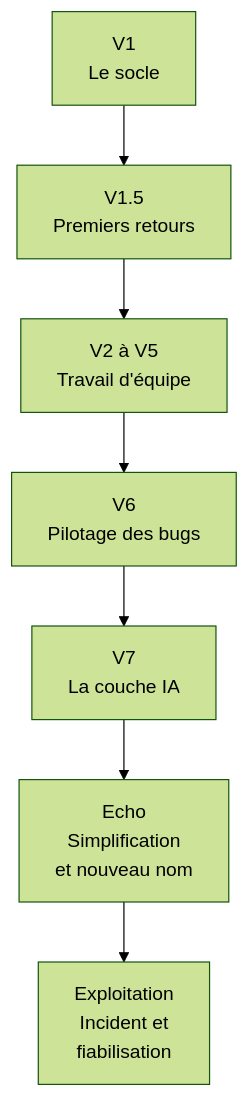
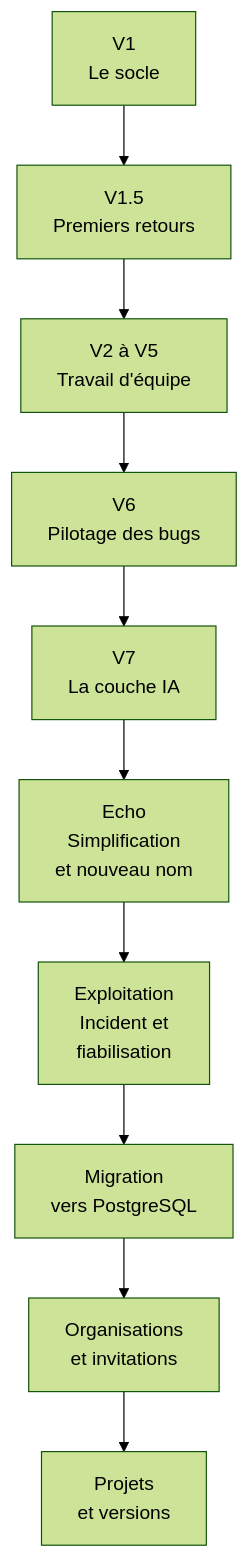
The seventh of 7 diagrams in README.md (VincentG32/echo-projet), drawn with Mermaid (forest theme) before and after one commit. The commit also changed other lines of this file, not shown here.

Commit message:
Vitrine : PostgreSQL, organisations, projets et versions, roadmap

````diff
--- a/README.md
+++ b/README.md
@@ -208,9 +221,12 @@
 ```mermaid
 flowchart TD
     V1["V1<br/>Le socle"] --> V15["V1.5<br/>Premiers retours"]
     V15 --> V25["V2 à V5<br/>Travail d'équipe"]
     V25 --> V6["V6<br/>Pilotage des bugs"]
     V6 --> V7["V7<br/>La couche IA"]
     V7 --> E["Echo<br/>Simplification<br/>et nouveau nom"]
     E --> X["Exploitation<br/>Incident et<br/>fiabilisation"]
+    X --> M["Migration<br/>vers PostgreSQL"]
+    M --> O["Organisations<br/>et invitations"]
+    O --> P["Projets<br/>et versions"]
 ```
````
